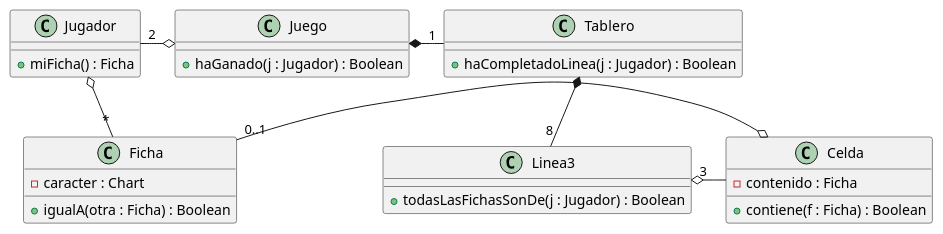
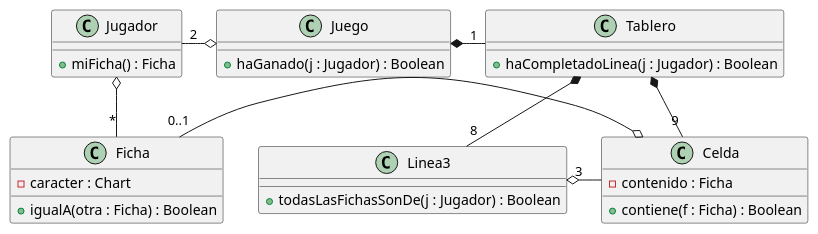
Before and after one commit to fiuba/algo3_tateti: the diagram in diagrams/dc.plantuml, drawn with PlantUML. The commit also changed 5 other files, not shown here.

```diff
--- a/diagrams/dc.plantuml
+++ b/diagrams/dc.plantuml
@@ -1,42 +1,42 @@
 @startuml
 
 together {
         class Jugador
         class Ficha
 }
 
 class Juego {
         + haGanado(j : Jugador) : Boolean
 }
 
 class Tablero {
         + haCompletadoLinea(j : Jugador) : Boolean
 }
 
 class Linea3 {
         + todasLasFichasSonDe(j : Jugador) : Boolean
 }
 
 class Jugador {
         + miFicha() : Ficha
 }
 
 class Ficha {
         - caracter : Chart
         
         + igualA(otra : Ficha) : Boolean
 }
 
 class Celda {
         - contenido : Ficha
         + contiene(f : Ficha) : Boolean
 }
 
 Juego o-left- "2" Jugador
 Juego *-right- "1" Tablero
 Tablero *-- "8" Linea3 
 Jugador o- "*" Ficha
 Linea3 "3" o- Celda
 Celda o- "0..1" Ficha
-
+Tablero *- "9" Celda
 @enduml
```
